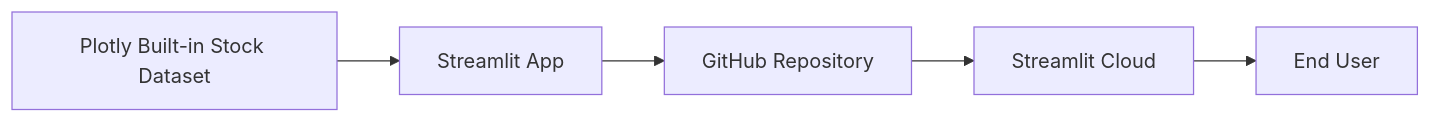
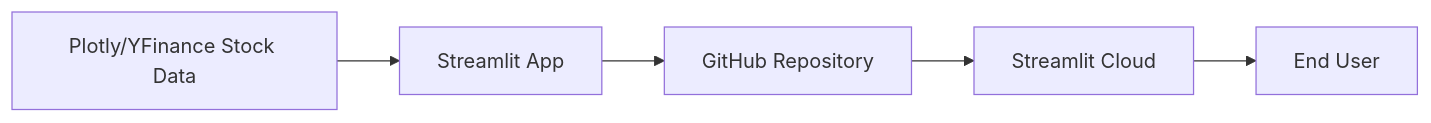
One commit to doctorhealt3/stock-explorer changed the diagram in README.md. Above: the diagram before and after it, drawn with Mermaid. The commit also changed other lines of this file, not shown here.

Commit message:
Add architecture diagram to README

````diff
--- a/README.md
+++ b/README.md
@@ -19,13 +20,13 @@
 ```mermaid
 flowchart LR
-    A[Plotly Built-in Stock Dataset]
+    A[Plotly/YFinance Stock Data]
     B[Streamlit App]
     C[GitHub Repository]
     D[Streamlit Cloud]
     E[End User]
 
     A --> B
     B --> C
     C --> D
     D --> E
 ```
````
